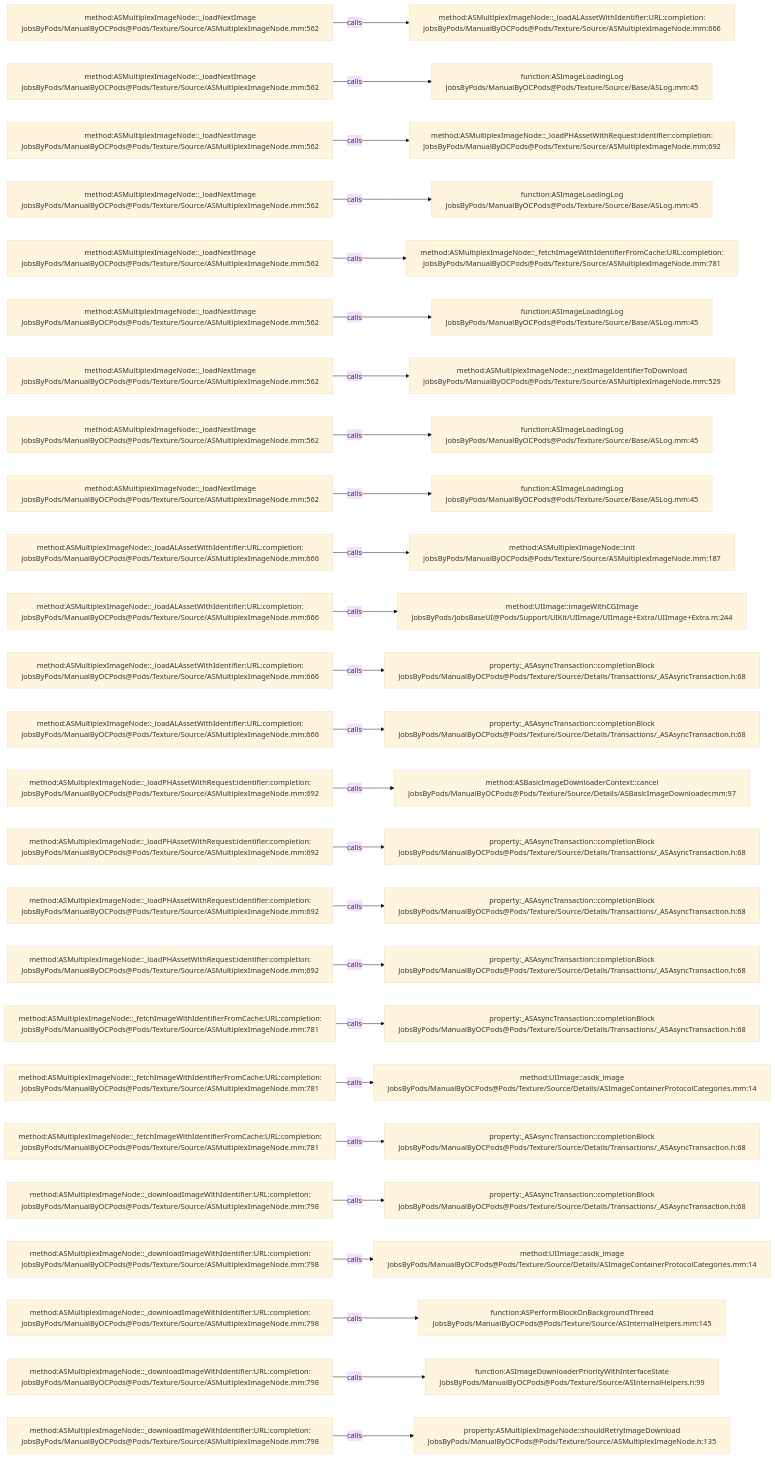
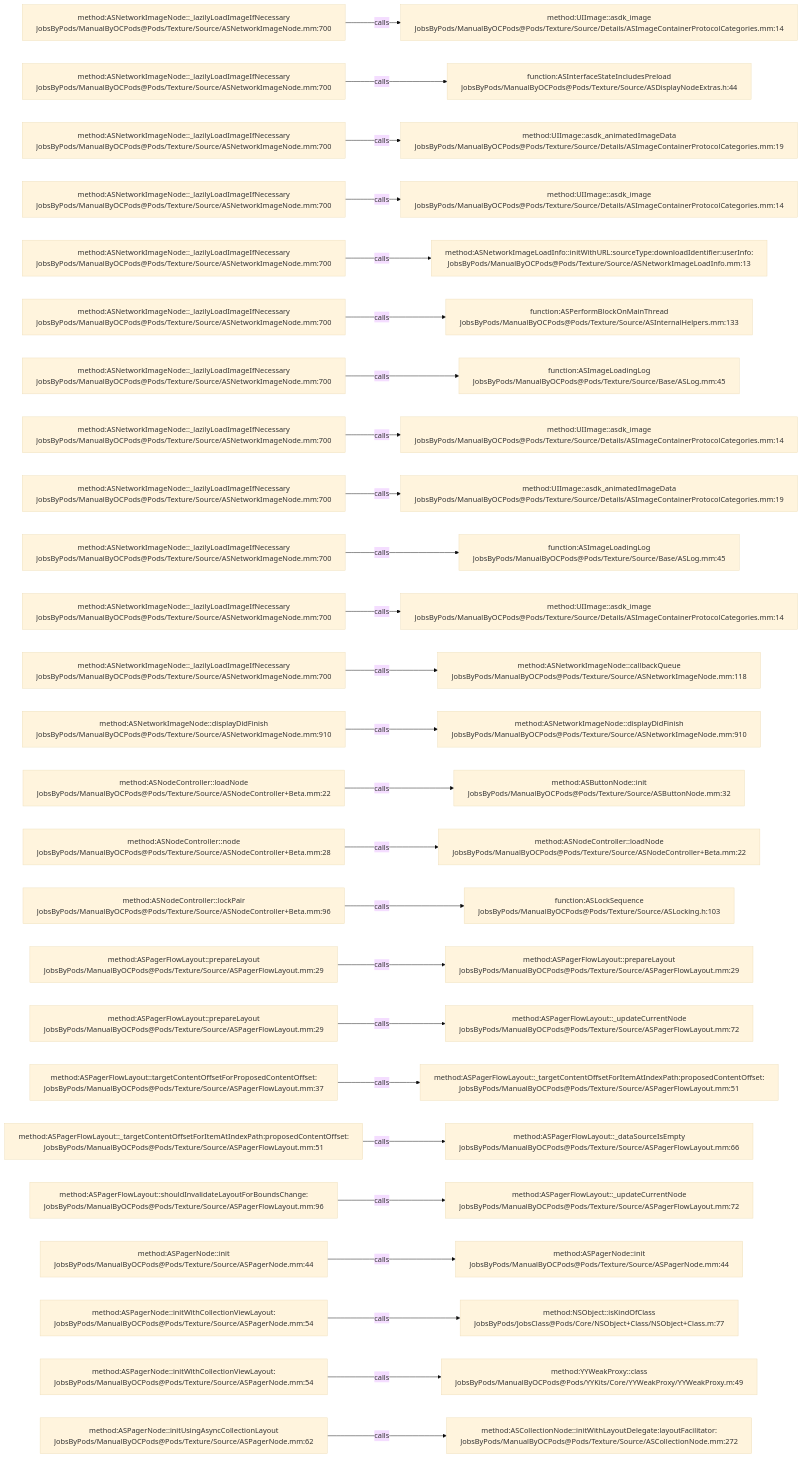
Before and after one commit to JobsKits/JobsOCBaseConfigDemo: the diagram in .codegraph/codegraph.md/graphs/calls-117.md, drawn with Mermaid (base theme). The commit also changed 1353 other files, not shown here.

````diff
--- a/.codegraph/codegraph.md/graphs/calls-117.md
+++ b/.codegraph/codegraph.md/graphs/calls-117.md
@@ -13,78 +13,78 @@
 ```mermaid
 flowchart LR
-  S1["method:ASMultiplexImageNode::_loadNextImage<br/>JobsByPods/ManualByOCPods@Pods/Texture/Source/ASMultiplexImageNode.mm:562"]
-  T1["method:ASMultiplexImageNode::_loadALAssetWithIdentifier:URL:completion:<br/>JobsByPods/ManualByOCPods@Pods/Texture/Source/ASMultiplexImageNode.mm:666"]
+  S1["method:ASNetworkImageNode::_lazilyLoadImageIfNecessary<br/>JobsByPods/ManualByOCPods@Pods/Texture/Source/ASNetworkImageNode.mm:700"]
+  T1["method:UIImage::asdk_image<br/>JobsByPods/ManualByOCPods@Pods/Texture/Source/Details/ASImageContainerProtocolCategories.mm:14"]
   S1 -->|calls| T1
-  S2["method:ASMultiplexImageNode::_loadNextImage<br/>JobsByPods/ManualByOCPods@Pods/Texture/Source/ASMultiplexImageNode.mm:562"]
-  T2["function:ASImageLoadingLog<br/>JobsByPods/ManualByOCPods@Pods/Texture/Source/Base/ASLog.mm:45"]
+  S2["method:ASNetworkImageNode::_lazilyLoadImageIfNecessary<br/>JobsByPods/ManualByOCPods@Pods/Texture/Source/ASNetworkImageNode.mm:700"]
+  T2["function:ASInterfaceStateIncludesPreload<br/>JobsByPods/ManualByOCPods@Pods/Texture/Source/ASDisplayNodeExtras.h:44"]
   S2 -->|calls| T2
-  S3["method:ASMultiplexImageNode::_loadNextImage<br/>JobsByPods/ManualByOCPods@Pods/Texture/Source/ASMultiplexImageNode.mm:562"]
-  T3["method:ASMultiplexImageNode::_loadPHAssetWithRequest:identifier:completion:<br/>JobsByPods/ManualByOCPods@Pods/Texture/Source/ASMultiplexImageNode.mm:692"]
+  S3["method:ASNetworkImageNode::_lazilyLoadImageIfNecessary<br/>JobsByPods/ManualByOCPods@Pods/Texture/Source/ASNetworkImageNode.mm:700"]
+  T3["method:UIImage::asdk_animatedImageData<br/>JobsByPods/ManualByOCPods@Pods/Texture/Source/Details/ASImageContainerProtocolCategories.mm:19"]
   S3 -->|calls| T3
-  S4["method:ASMultiplexImageNode::_loadNextImage<br/>JobsByPods/ManualByOCPods@Pods/Texture/Source/ASMultiplexImageNode.mm:562"]
-  T4["function:ASImageLoadingLog<br/>JobsByPods/ManualByOCPods@Pods/Texture/Source/Base/ASLog.mm:45"]
+  S4["method:ASNetworkImageNode::_lazilyLoadImageIfNecessary<br/>JobsByPods/ManualByOCPods@Pods/Texture/Source/ASNetworkImageNode.mm:700"]
+  T4["method:UIImage::asdk_image<br/>JobsByPods/ManualByOCPods@Pods/Texture/Source/Details/ASImageContainerProtocolCategories.mm:14"]
   S4 -->|calls| T4
-  S5["method:ASMultiplexImageNode::_loadNextImage<br/>JobsByPods/ManualByOCPods@Pods/Texture/Source/ASMultiplexImageNode.mm:562"]
-  T5["method:ASMultiplexImageNode::_fetchImageWithIdentifierFromCache:URL:completion:<br/>JobsByPods/ManualByOCPods@Pods/Texture/Source/ASMultiplexImageNode.mm:781"]
+  S5["method:ASNetworkImageNode::_lazilyLoadImageIfNecessary<br/>JobsByPods/ManualByOCPods@Pods/Texture/Source/ASNetworkImageNode.mm:700"]
+  T5["method:ASNetworkImageLoadInfo::initWithURL:sourceType:downloadIdentifier:userInfo:<br/>JobsByPods/ManualByOCPods@Pods/Texture/Source/ASNetworkImageLoadInfo.mm:13"]
   S5 -->|calls| T5
-  S6["method:ASMultiplexImageNode::_loadNextImage<br/>JobsByPods/ManualByOCPods@Pods/Texture/Source/ASMultiplexImageNode.mm:562"]
-  T6["function:ASImageLoadingLog<br/>JobsByPods/ManualByOCPods@Pods/Texture/Source/Base/ASLog.mm:45"]
+  S6["method:ASNetworkImageNode::_lazilyLoadImageIfNecessary<br/>JobsByPods/ManualByOCPods@Pods/Texture/Source/ASNetworkImageNode.mm:700"]
+  T6["function:ASPerformBlockOnMainThread<br/>JobsByPods/ManualByOCPods@Pods/Texture/Source/ASInternalHelpers.mm:133"]
   S6 -->|calls| T6
-  S7["method:ASMultiplexImageNode::_loadNextImage<br/>JobsByPods/ManualByOCPods@Pods/Texture/Source/ASMultiplexImageNode.mm:562"]
-  T7["method:ASMultiplexImageNode::_nextImageIdentifierToDownload<br/>JobsByPods/ManualByOCPods@Pods/Texture/Source/ASMultiplexImageNode.mm:529"]
+  S7["method:ASNetworkImageNode::_lazilyLoadImageIfNecessary<br/>JobsByPods/ManualByOCPods@Pods/Texture/Source/ASNetworkImageNode.mm:700"]
+  T7["function:ASImageLoadingLog<br/>JobsByPods/ManualByOCPods@Pods/Texture/Source/Base/ASLog.mm:45"]
   S7 -->|calls| T7
-  S8["method:ASMultiplexImageNode::_loadNextImage<br/>JobsByPods/ManualByOCPods@Pods/Texture/Source/ASMultiplexImageNode.mm:562"]
-  T8["function:ASImageLoadingLog<br/>JobsByPods/ManualByOCPods@Pods/Texture/Source/Base/ASLog.mm:45"]
+  S8["method:ASNetworkImageNode::_lazilyLoadImageIfNecessary<br/>JobsByPods/ManualByOCPods@Pods/Texture/Source/ASNetworkImageNode.mm:700"]
+  T8["method:UIImage::asdk_image<br/>JobsByPods/ManualByOCPods@Pods/Texture/Source/Details/ASImageContainerProtocolCategories.mm:14"]
   S8 -->|calls| T8
-  S9["method:ASMultiplexImageNode::_loadNextImage<br/>JobsByPods/ManualByOCPods@Pods/Texture/Source/ASMultiplexImageNode.mm:562"]
-  T9["function:ASImageLoadingLog<br/>JobsByPods/ManualByOCPods@Pods/Texture/Source/Base/ASLog.mm:45"]
+  S9["method:ASNetworkImageNode::_lazilyLoadImageIfNecessary<br/>JobsByPods/ManualByOCPods@Pods/Texture/Source/ASNetworkImageNode.mm:700"]
+  T9["method:UIImage::asdk_animatedImageData<br/>JobsByPods/ManualByOCPods@Pods/Texture/Source/Details/ASImageContainerProtocolCategories.mm:19"]
   S9 -->|calls| T9
-  S10["method:ASMultiplexImageNode::_loadALAssetWithIdentifier:URL:completion:<br/>JobsByPods/ManualByOCPods@Pods/Texture/Source/ASMultiplexImageNode.mm:666"]
-  T10["method:ASMultiplexImageNode::init<br/>JobsByPods/ManualByOCPods@Pods/Texture/Source/ASMultiplexImageNode.mm:187"]
+  S10["method:ASNetworkImageNode::_lazilyLoadImageIfNecessary<br/>JobsByPods/ManualByOCPods@Pods/Texture/Source/ASNetworkImageNode.mm:700"]
+  T10["function:ASImageLoadingLog<br/>JobsByPods/ManualByOCPods@Pods/Texture/Source/Base/ASLog.mm:45"]
   S10 -->|calls| T10
-  S11["method:ASMultiplexImageNode::_loadALAssetWithIdentifier:URL:completion:<br/>JobsByPods/ManualByOCPods@Pods/Texture/Source/ASMultiplexImageNode.mm:666"]
-  T11["method:UIImage::imageWithCGImage<br/>JobsByPods/JobsBaseUI@Pods/Support/UIKit/UIImage/UIImage+Extra/UIImage+Extra.m:244"]
+  S11["method:ASNetworkImageNode::_lazilyLoadImageIfNecessary<br/>JobsByPods/ManualByOCPods@Pods/Texture/Source/ASNetworkImageNode.mm:700"]
+  T11["method:UIImage::asdk_image<br/>JobsByPods/ManualByOCPods@Pods/Texture/Source/Details/ASImageContainerProtocolCategories.mm:14"]
   S11 -->|calls| T11
-  S12["method:ASMultiplexImageNode::_loadALAssetWithIdentifier:URL:completion:<br/>JobsByPods/ManualByOCPods@Pods/Texture/Source/ASMultiplexImageNode.mm:666"]
-  T12["property:_ASAsyncTransaction::completionBlock<br/>JobsByPods/ManualByOCPods@Pods/Texture/Source/Details/Transactions/_ASAsyncTransaction.h:68"]
+  S12["method:ASNetworkImageNode::_lazilyLoadImageIfNecessary<br/>JobsByPods/ManualByOCPods@Pods/Texture/Source/ASNetworkImageNode.mm:700"]
+  T12["method:ASNetworkImageNode::callbackQueue<br/>JobsByPods/ManualByOCPods@Pods/Texture/Source/ASNetworkImageNode.mm:118"]
   S12 -->|calls| T12
-  S13["method:ASMultiplexImageNode::_loadALAssetWithIdentifier:URL:completion:<br/>JobsByPods/ManualByOCPods@Pods/Texture/Source/ASMultiplexImageNode.mm:666"]
-  T13["property:_ASAsyncTransaction::completionBlock<br/>JobsByPods/ManualByOCPods@Pods/Texture/Source/Details/Transactions/_ASAsyncTransaction.h:68"]
+  S13["method:ASNetworkImageNode::displayDidFinish<br/>JobsByPods/ManualByOCPods@Pods/Texture/Source/ASNetworkImageNode.mm:910"]
+  T13["method:ASNetworkImageNode::displayDidFinish<br/>JobsByPods/ManualByOCPods@Pods/Texture/Source/ASNetworkImageNode.mm:910"]
   S13 -->|calls| T13
-  S14["method:ASMultiplexImageNode::_loadPHAssetWithRequest:identifier:completion:<br/>JobsByPods/ManualByOCPods@Pods/Texture/Source/ASMultiplexImageNode.mm:692"]
-  T14["method:ASBasicImageDownloaderContext::cancel<br/>JobsByPods/ManualByOCPods@Pods/Texture/Source/Details/ASBasicImageDownloader.mm:97"]
+  S14["method:ASNodeController::loadNode<br/>JobsByPods/ManualByOCPods@Pods/Texture/Source/ASNodeController+Beta.mm:22"]
+  T14["method:ASButtonNode::init<br/>JobsByPods/ManualByOCPods@Pods/Texture/Source/ASButtonNode.mm:32"]
   S14 -->|calls| T14
-  S15["method:ASMultiplexImageNode::_loadPHAssetWithRequest:identifier:completion:<br/>JobsByPods/ManualByOCPods@Pods/Texture/Source/ASMultiplexImageNode.mm:692"]
-  T15["property:_ASAsyncTransaction::completionBlock<br/>JobsByPods/ManualByOCPods@Pods/Texture/Source/Details/Transactions/_ASAsyncTransaction.h:68"]
+  S15["method:ASNodeController::node<br/>JobsByPods/ManualByOCPods@Pods/Texture/Source/ASNodeController+Beta.mm:28"]
+  T15["method:ASNodeController::loadNode<br/>JobsByPods/ManualByOCPods@Pods/Texture/Source/ASNodeController+Beta.mm:22"]
   S15 -->|calls| T15
-  S16["method:ASMultiplexImageNode::_loadPHAssetWithRequest:identifier:completion:<br/>JobsByPods/ManualByOCPods@Pods/Texture/Source/ASMultiplexImageNode.mm:692"]
-  T16["property:_ASAsyncTransaction::completionBlock<br/>JobsByPods/ManualByOCPods@Pods/Texture/Source/Details/Transactions/_ASAsyncTransaction.h:68"]
+  S16["method:ASNodeController::lockPair<br/>JobsByPods/ManualByOCPods@Pods/Texture/Source/ASNodeController+Beta.mm:96"]
+  T16["function:ASLockSequence<br/>JobsByPods/ManualByOCPods@Pods/Texture/Source/ASLocking.h:103"]
   S16 -->|calls| T16
-  S17["method:ASMultiplexImageNode::_loadPHAssetWithRequest:identifier:completion:<br/>JobsByPods/ManualByOCPods@Pods/Texture/Source/ASMultiplexImageNode.mm:692"]
-  T17["property:_ASAsyncTransaction::completionBlock<br/>JobsByPods/ManualByOCPods@Pods/Texture/Source/Details/Transactions/_ASAsyncTransaction.h:68"]
+  S17["method:ASPagerFlowLayout::prepareLayout<br/>JobsByPods/ManualByOCPods@Pods/Texture/Source/ASPagerFlowLayout.mm:29"]
+  T17["method:ASPagerFlowLayout::prepareLayout<br/>JobsByPods/ManualByOCPods@Pods/Texture/Source/ASPagerFlowLayout.mm:29"]
   S17 -->|calls| T17
-  S18["method:ASMultiplexImageNode::_fetchImageWithIdentifierFromCache:URL:completion:<br/>JobsByPods/ManualByOCPods@Pods/Texture/Source/ASMultiplexImageNode.mm:781"]
-  T18["property:_ASAsyncTransaction::completionBlock<br/>JobsByPods/ManualByOCPods@Pods/Texture/Source/Details/Transactions/_ASAsyncTransaction.h:68"]
+  S18["method:ASPagerFlowLayout::prepareLayout<br/>JobsByPods/ManualByOCPods@Pods/Texture/Source/ASPagerFlowLayout.mm:29"]
+  T18["method:ASPagerFlowLayout::_updateCurrentNode<br/>JobsByPods/ManualByOCPods@Pods/Texture/Source/ASPagerFlowLayout.mm:72"]
   S18 -->|calls| T18
-  S19["method:ASMultiplexImageNode::_fetchImageWithIdentifierFromCache:URL:completion:<br/>JobsByPods/ManualByOCPods@Pods/Texture/Source/ASMultiplexImageNode.mm:781"]
-  T19["method:UIImage::asdk_image<br/>JobsByPods/ManualByOCPods@Pods/Texture/Source/Details/ASImageContainerProtocolCategories.mm:14"]
+  S19["method:ASPagerFlowLayout::targetContentOffsetForProposedContentOffset:<br/>JobsByPods/ManualByOCPods@Pods/Texture/Source/ASPagerFlowLayout.mm:37"]
+  T19["method:ASPagerFlowLayout::_targetContentOffsetForItemAtIndexPath:proposedContentOffset:<br/>JobsByPods/ManualByOCPods@Pods/Texture/Source/ASPagerFlowLayout.mm:51"]
   S19 -->|calls| T19
-  S20["method:ASMultiplexImageNode::_fetchImageWithIdentifierFromCache:URL:completion:<br/>JobsByPods/ManualByOCPods@Pods/Texture/Source/ASMultiplexImageNode.mm:781"]
-  T20["property:_ASAsyncTransaction::completionBlock<br/>JobsByPods/ManualByOCPods@Pods/Texture/Source/Details/Transactions/_ASAsyncTransaction.h:68"]
+  S20["method:ASPagerFlowLayout::_targetContentOffsetForItemAtIndexPath:proposedContentOffset:<br/>JobsByPods/ManualByOCPods@Pods/Texture/Source/ASPagerFlowLayout.mm:51"]
+  T20["method:ASPagerFlowLayout::_dataSourceIsEmpty<br/>JobsByPods/ManualByOCPods@Pods/Texture/Source/ASPagerFlowLayout.mm:66"]
   S20 -->|calls| T20
-  S21["method:ASMultiplexImageNode::_downloadImageWithIdentifier:URL:completion:<br/>JobsByPods/ManualByOCPods@Pods/Texture/Source/ASMultiplexImageNode.mm:798"]
-  T21["property:_ASAsyncTransaction::completionBlock<br/>JobsByPods/ManualByOCPods@Pods/Texture/Source/Details/Transactions/_ASAsyncTransaction.h:68"]
+  S21["method:ASPagerFlowLayout::shouldInvalidateLayoutForBoundsChange:<br/>JobsByPods/ManualByOCPods@Pods/Texture/Source/ASPagerFlowLayout.mm:96"]
+  T21["method:ASPagerFlowLayout::_updateCurrentNode<br/>JobsByPods/ManualByOCPods@Pods/Texture/Source/ASPagerFlowLayout.mm:72"]
   S21 -->|calls| T21
-  S22["method:ASMultiplexImageNode::_downloadImageWithIdentifier:URL:completion:<br/>JobsByPods/ManualByOCPods@Pods/Texture/Source/ASMultiplexImageNode.mm:798"]
-  T22["method:UIImage::asdk_image<br/>JobsByPods/ManualByOCPods@Pods/Texture/Source/Details/ASImageContainerProtocolCategories.mm:14"]
+  S22["method:ASPagerNode::init<br/>JobsByPods/ManualByOCPods@Pods/Texture/Source/ASPagerNode.mm:44"]
+  T22["method:ASPagerNode::init<br/>JobsByPods/ManualByOCPods@Pods/Texture/Source/ASPagerNode.mm:44"]
   S22 -->|calls| T22
-  S23["method:ASMultiplexImageNode::_downloadImageWithIdentifier:URL:completion:<br/>JobsByPods/ManualByOCPods@Pods/Texture/Source/ASMultiplexImageNode.mm:798"]
-  T23["function:ASPerformBlockOnBackgroundThread<br/>JobsByPods/ManualByOCPods@Pods/Texture/Source/ASInternalHelpers.mm:145"]
+  S23["method:ASPagerNode::initWithCollectionViewLayout:<br/>JobsByPods/ManualByOCPods@Pods/Texture/Source/ASPagerNode.mm:54"]
+  T23["method:NSObject::isKindOfClass<br/>JobsByPods/JobsClass@Pods/Core/NSObject+Class/NSObject+Class.m:77"]
   S23 -->|calls| T23
-  S24["method:ASMultiplexImageNode::_downloadImageWithIdentifier:URL:completion:<br/>JobsByPods/ManualByOCPods@Pods/Texture/Source/ASMultiplexImageNode.mm:798"]
-  T24["function:ASImageDownloaderPriorityWithInterfaceState<br/>JobsByPods/ManualByOCPods@Pods/Texture/Source/ASInternalHelpers.h:99"]
+  S24["method:ASPagerNode::initWithCollectionViewLayout:<br/>JobsByPods/ManualByOCPods@Pods/Texture/Source/ASPagerNode.mm:54"]
+  T24["method:YYWeakProxy::class<br/>JobsByPods/ManualByOCPods@Pods/YYKits/Core/YYWeakProxy/YYWeakProxy.m:49"]
   S24 -->|calls| T24
-  S25["method:ASMultiplexImageNode::_downloadImageWithIdentifier:URL:completion:<br/>JobsByPods/ManualByOCPods@Pods/Texture/Source/ASMultiplexImageNode.mm:798"]
-  T25["property:ASMultiplexImageNode::shouldRetryImageDownload<br/>JobsByPods/ManualByOCPods@Pods/Texture/Source/ASMultiplexImageNode.h:135"]
+  S25["method:ASPagerNode::initUsingAsyncCollectionLayout<br/>JobsByPods/ManualByOCPods@Pods/Texture/Source/ASPagerNode.mm:62"]
+  T25["method:ASCollectionNode::initWithLayoutDelegate:layoutFacilitator:<br/>JobsByPods/ManualByOCPods@Pods/Texture/Source/ASCollectionNode.mm:272"]
   S25 -->|calls| T25
 ```
````
